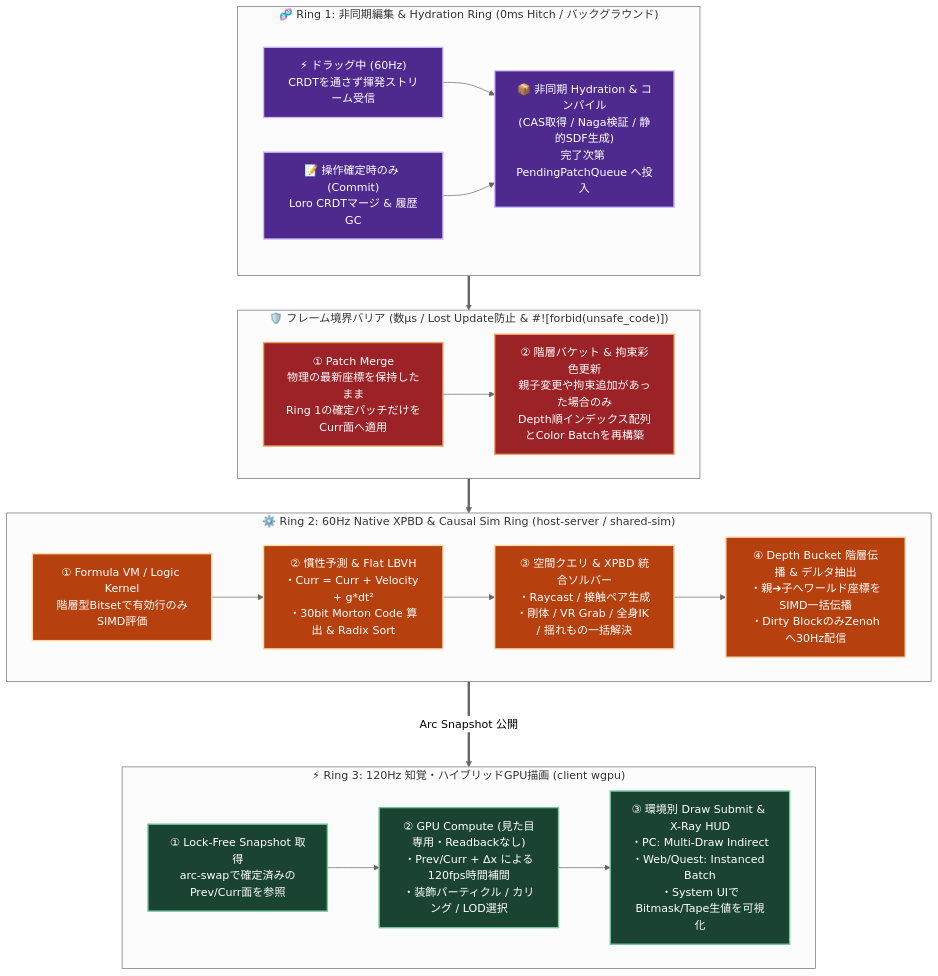
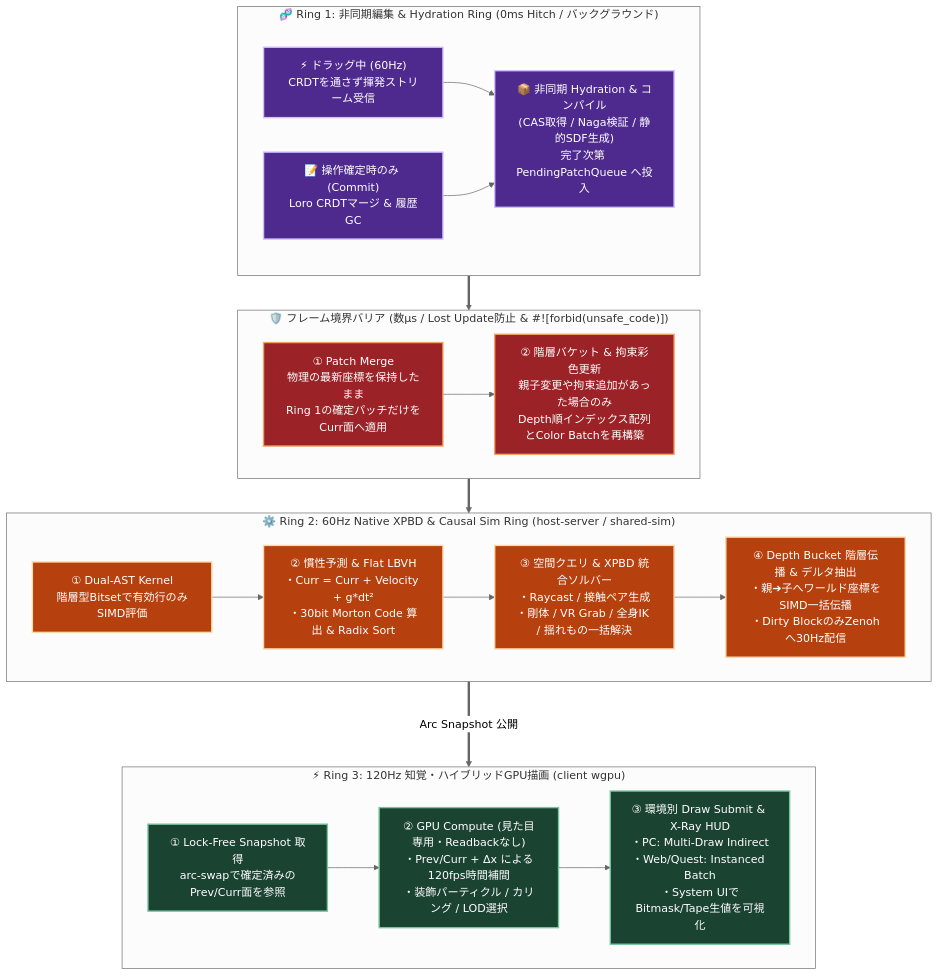
The diagram in .workspace/roadmap/alchemy_zero_base_spatial_lifecycle_architecture.md (FRICK-ELDY/alchemy), drawn with Mermaid (neutral theme) before and after one commit. The commit also changed other lines of this file and 53 other files, not shown here.

Commit message:
docs: Formula VM → Dual-AST Kernel 改称と用語整理

````diff
--- a/.workspace/roadmap/alchemy_zero_base_spatial_lifecycle_architecture.md
+++ b/.workspace/roadmap/alchemy_zero_base_spatial_lifecycle_architecture.md
@@ -36,43 +36,43 @@
 ```mermaid
 flowchart TB
     classDef ring1 fill:#4e2a8e,stroke:#d0bfff,stroke-width:2px,color:#fff
     classDef bridge fill:#9b2226,stroke:#f4a261,stroke-width:2px,color:#fff
     classDef ring2 fill:#b7410e,stroke:#ffd8a8,stroke-width:2px,color:#fff
     classDef ring3 fill:#1b4332,stroke:#74c69d,stroke-width:2px,color:#fff
 
     subgraph Ring1["🧬 Ring 1: 非同期編集 & Hydration Ring (0ms Hitch / バックグラウンド)"]
         direction LR
         DragIn["⚡ ドラッグ中 (60Hz)<br/>CRDTを通さず揮発ストリーム受信"]:::ring1
         CommitIn["📝 操作確定時のみ (Commit)<br/>Loro CRDTマージ & 履歴GC"]:::ring1
         Hydrate["📦 非同期 Hydration & コンパイル<br/>(CAS取得 / Naga検証 / 静的SDF生成)<br/>完了次第 PendingPatchQueue へ投入"]:::ring1
         DragIn & CommitIn --> Hydrate
     end
 
     subgraph Bridge["🛡️ フレーム境界バリア (数μs / Lost Update防止 & #![forbid(unsafe_code)])"]
         direction LR
         PatchMerge["① Patch Merge<br/>物理の最新座標を保持したまま<br/>Ring 1の確定パッチだけをCurr面へ適用"]:::bridge
         TopoUpdate["② 階層バケット & 拘束彩色更新<br/>親子変更や拘束追加があった場合のみ<br/>Depth順インデックス配列とColor Batchを再構築"]:::bridge
         PatchMerge --> TopoUpdate
     end
 
     subgraph Ring2["⚙️ Ring 2: 60Hz Native XPBD & Causal Sim Ring (host-server / shared-sim)"]
         direction LR
-        LogicVM["① Formula VM / Logic Kernel<br/>階層型Bitsetで有効行のみSIMD評価"]:::ring2
+        DualAstKernel["① Dual-AST Kernel<br/>階層型Bitsetで有効行のみSIMD評価"]:::ring2
         BroadLBVH["② 慣性予測 & Flat LBVH<br/>・Curr = Curr + Velocity + g*dt²<br/>・30bit Morton Code 算出 & Radix Sort"]:::ring2
         NarrowXPBD["③ 空間クエリ & XPBD 統合ソルバー<br/>・Raycast / 接触ペア生成<br/>・剛体 / VR Grab / 全身IK / 揺れもの一括解決"]:::ring2
         DepthProp["④ Depth Bucket 階層伝播 & デルタ抽出<br/>・親➔子へワールド座標をSIMD一括伝播<br/>・Dirty BlockのみZenohへ30Hz配信"]:::ring2
-        LogicVM --> BroadLBVH --> NarrowXPBD --> DepthProp
+        DualAstKernel --> BroadLBVH --> NarrowXPBD --> DepthProp
     end
 
     subgraph Ring3["⚡ Ring 3: 120Hz 知覚・ハイブリッドGPU描画 (client wgpu)"]
         direction LR
         ArcSwap["① Lock-Free Snapshot 取得<br/>arc-swapで確定済みのPrev/Curr面を参照"]:::ring3
         GPUCompute["② GPU Compute (見た目専用・Readbackなし)<br/>・Prev/Curr + Δx による120fps時間補間<br/>・装飾パーティクル / カリング / LOD選択"]:::ring3
         DrawSubmit["③ 環境別 Draw Submit & X-Ray HUD<br/>・PC: Multi-Draw Indirect<br/>・Web/Quest: Instanced Batch<br/>・System UIでBitmask/Tape生値を可視化"]:::ring3
         ArcSwap --> GPUCompute --> DrawSubmit
     end
 
     Ring1 ==> Bridge
     Bridge ==> Ring2
     DepthProp ===>|"Arc Snapshot 公開"| ArcSwap
 ```
````
